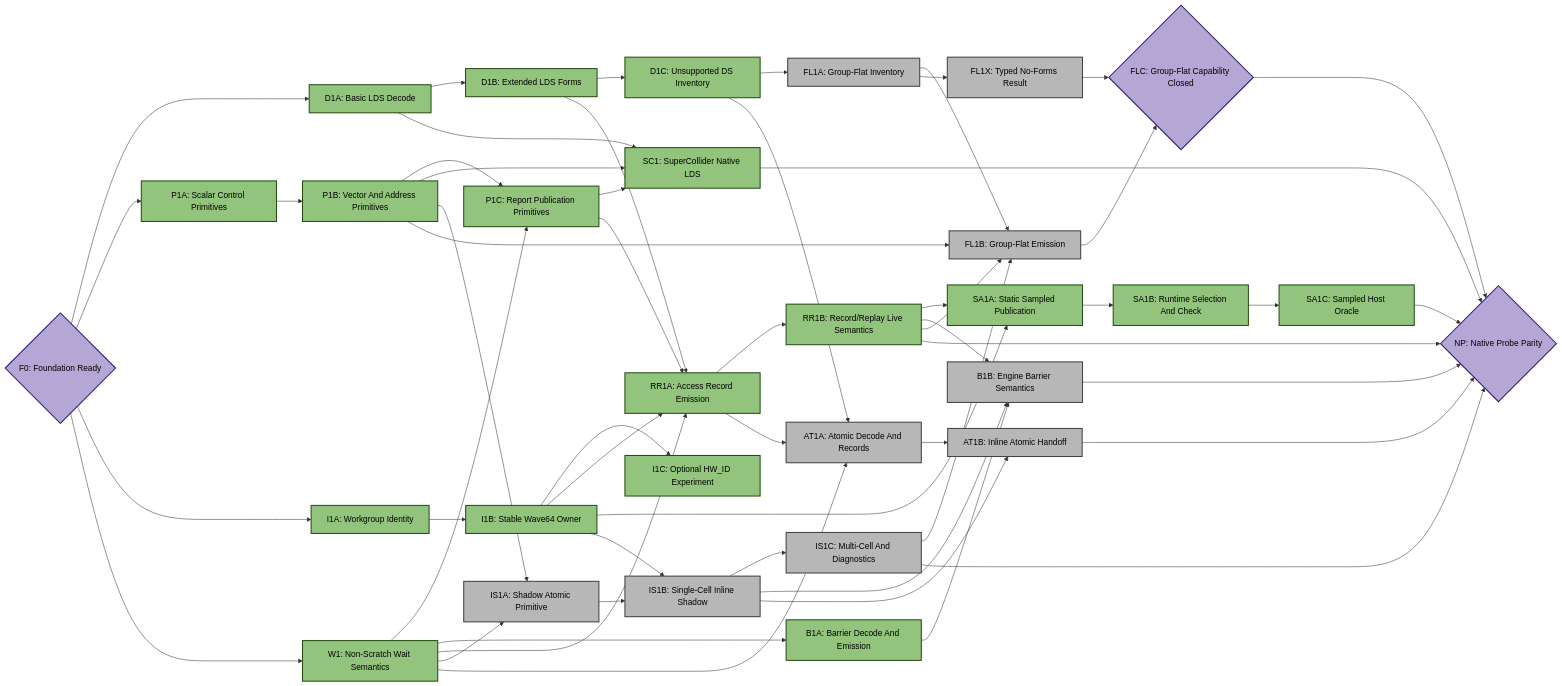
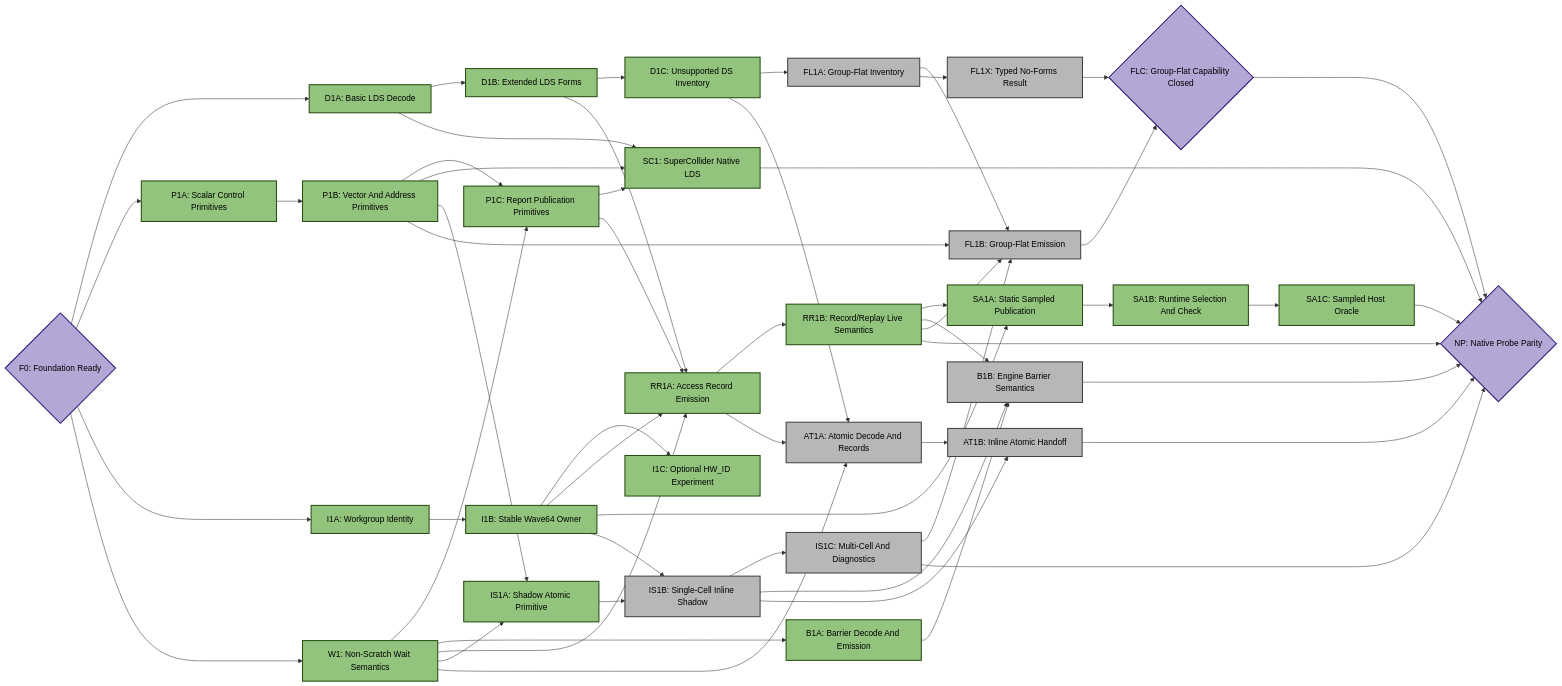
The fourth of 5 diagrams in emulation/rocjitsu/docs/consan/PLAN_GFX950.md (ROCm/rocm-systems), drawn with Mermaid before and after one commit. The commit also changed other lines of this file and 3 other files, not shown here.

Commit message:
rocjitsu: prove gfx950 inline-shadow atomic exchange

```diff
--- a/emulation/rocjitsu/docs/consan/PLAN_GFX950.md
+++ b/emulation/rocjitsu/docs/consan/PLAN_GFX950.md
@@ -356,7 +361,7 @@
   SA1A["SA1A: Static Sampled Publication"]:::done
   SA1B["SA1B: Runtime Selection And Check"]:::done
   SA1C["SA1C: Sampled Host Oracle"]:::done
-  IS1A["IS1A: Shadow Atomic Primitive"]:::todo
+  IS1A["IS1A: Shadow Atomic Primitive"]:::done
   IS1B["IS1B: Single-Cell Inline Shadow"]:::todo
   IS1C["IS1C: Multi-Cell And Diagnostics"]:::todo
   FL1A["FL1A: Group-Flat Inventory"]:::todo
```
